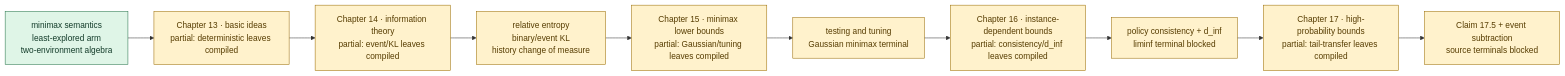
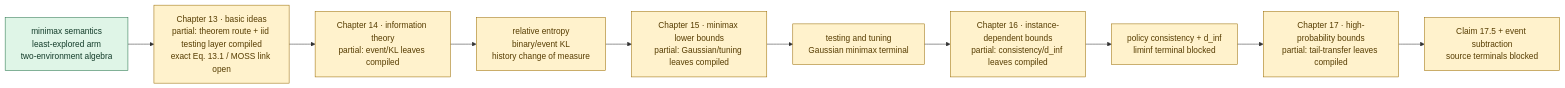
One commit to DakeBU/Auto-Bandit-RL-Proof-In-Sleep changed the diagram in website/diagrams/part-iv-lower-bounds.mmd. Above: the diagram before and after it, drawn with Mermaid. The commit also changed 26 other files, not shown here.

Commit message:
Formalize Chapter 13 Gaussian testing layer

```diff
--- a/website/diagrams/part-iv-lower-bounds.mmd
+++ b/website/diagrams/part-iv-lower-bounds.mmd
@@ -1,27 +1,27 @@
 flowchart LR
-  C13["Chapter 13 · basic ideas<br/>partial: deterministic leaves compiled"]
+  C13["Chapter 13 · basic ideas<br/>partial: theorem route + iid testing layer compiled<br/>exact Eq. 13.1 / MOSS link open"]
   C14["Chapter 14 · information theory<br/>partial: event/KL leaves compiled"]
   C15["Chapter 15 · minimax lower bounds<br/>partial: Gaussian/tuning leaves compiled"]
   C16["Chapter 16 · instance-dependent bounds<br/>partial: consistency/d_inf leaves compiled"]
   C17["Chapter 17 · high-probability bounds<br/>partial: tail-transfer leaves compiled"]
   L13["minimax semantics<br/>least-explored arm<br/>two-environment algebra"]
   KL["relative entropy<br/>binary/event KL<br/>history change of measure"]
   MM["testing and tuning<br/>Gaussian minimax terminal"]
   ASY["policy consistency + d_inf<br/>liminf terminal blocked"]
   HP["Claim 17.5 + event subtraction<br/>source terminals blocked"]
 
   L13 --> C13
   C13 --> C14
   C14 --> KL
   KL --> C15
   C15 --> MM
   MM --> C16
   C16 --> ASY
   ASY --> C17
   C17 --> HP
 
   classDef compiled fill:#dff5e7,stroke:#247249,color:#123b29
   classDef partial fill:#fff2cc,stroke:#9a6b00,color:#563c00
   classDef planned fill:#eef2f7,stroke:#64748b,color:#334155
   class L13 compiled
   class C13,C14,C15,C16,C17,KL,MM,ASY,HP partial
```
